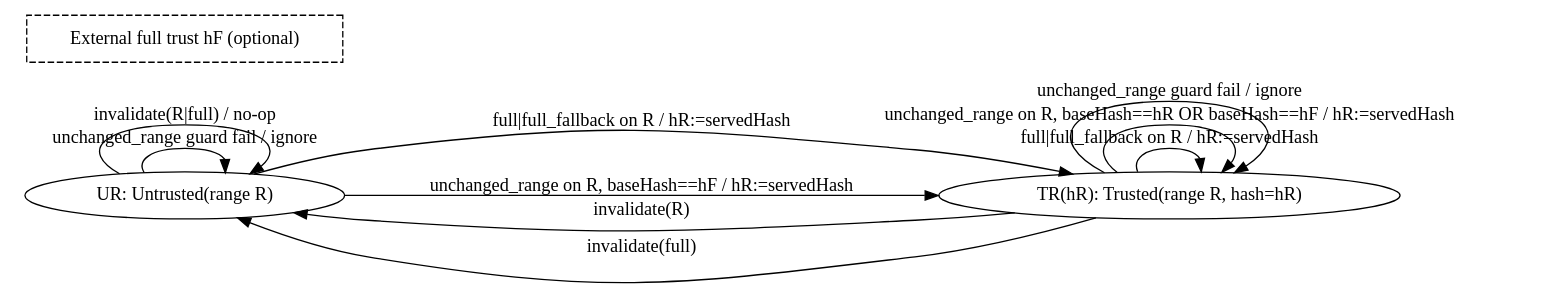
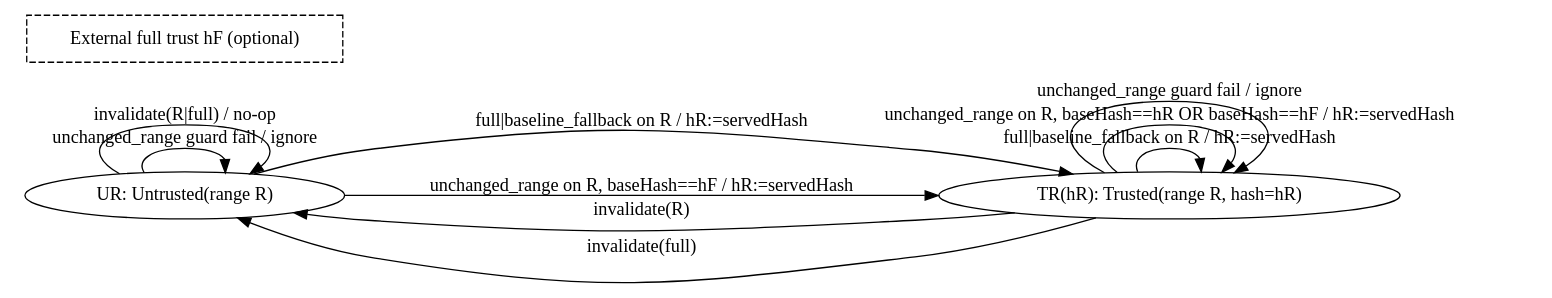
The second of 2 diagrams in IMPLEMENTATION_SPEC.md (Gurpartap/pi-readcache), drawn with Graphviz before and after one commit. The commit also changed other lines of this file and 5 other files, not shown here.

````diff
--- a/IMPLEMENTATION_SPEC.md
+++ b/IMPLEMENTATION_SPEC.md
@@ -403,23 +403,23 @@
 ```dot
 digraph RangeScopeTrust {
   rankdir=LR;
   node [shape=ellipse];
 
   UR [label="UR: Untrusted(range R)"];
   TR [label="TR(hR): Trusted(range R, hash=hR)"];
   F  [shape=box, style=dashed, label="External full trust hF (optional)"];
 
-  UR -> TR [label="full|full_fallback on R / hR:=servedHash"];
-  TR -> TR [label="full|full_fallback on R / hR:=servedHash"];
+  UR -> TR [label="full|baseline_fallback on R / hR:=servedHash"];
+  TR -> TR [label="full|baseline_fallback on R / hR:=servedHash"];
 
   UR -> TR [label="unchanged_range on R, baseHash==hF / hR:=servedHash"];
   TR -> TR [label="unchanged_range on R, baseHash==hR OR baseHash==hF / hR:=servedHash"];
 
   UR -> UR [label="unchanged_range guard fail / ignore"];
   TR -> TR [label="unchanged_range guard fail / ignore"];
 
   TR -> UR [label="invalidate(R)"];
   TR -> UR [label="invalidate(full)"];
   UR -> UR [label="invalidate(R|full) / no-op"];
 }
 ```
````
